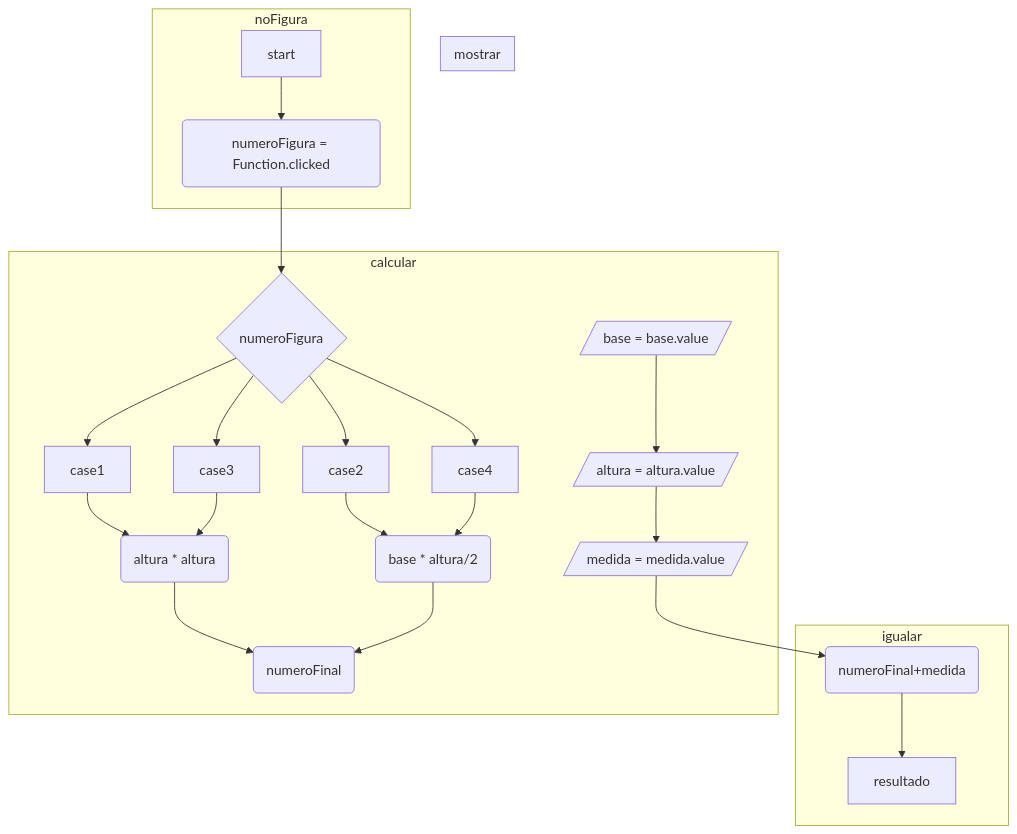
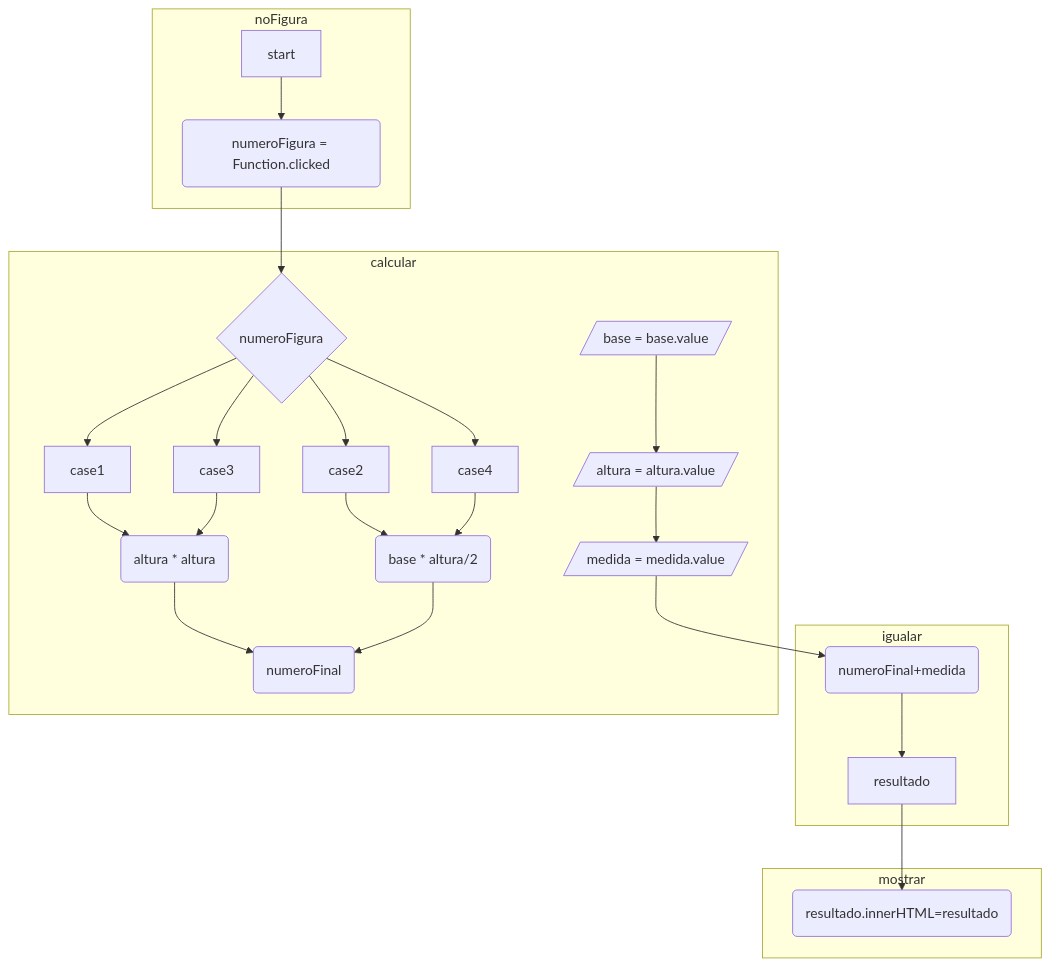
Before and after one commit to ingops/TuArea: the first of 2 diagrams in README.md, drawn with Mermaid.

Commit message:
final de diagrama

````diff
--- a/README.md
+++ b/README.md
@@ -57,34 +57,34 @@
   ```mermaid
     graph TD;
 
     subgraph mostrar
-      
+      m(resultado.innerHTML=resultado)
     end
 
     subgraph igualar
       Imp(numeroFinal+medida)
-      Imp --> resultado
+      Imp --> resultado --> m
     end
 
     subgraph calcular
       base[/base = base.value/]-->altura[/altura = altura.value/]
       altura --> medida[/medida = medida.value/]
       medida --> Imp
       t3{numeroFigura}
       met1(altura * altura)
       met2(base * altura/2)
       nF(numeroFinal)
       t3 --> case1 --> met1 --> nF
       t3 --> case3 --> met1 
       t3 --> case2 --> met2 --> nF
       t3 --> case4 --> met2 
     end
     
     subgraph noFigura
     start --> t1(numeroFigura = Function.clicked)
     t1 --> t3
     end
 
 
     
 ``` 
````
